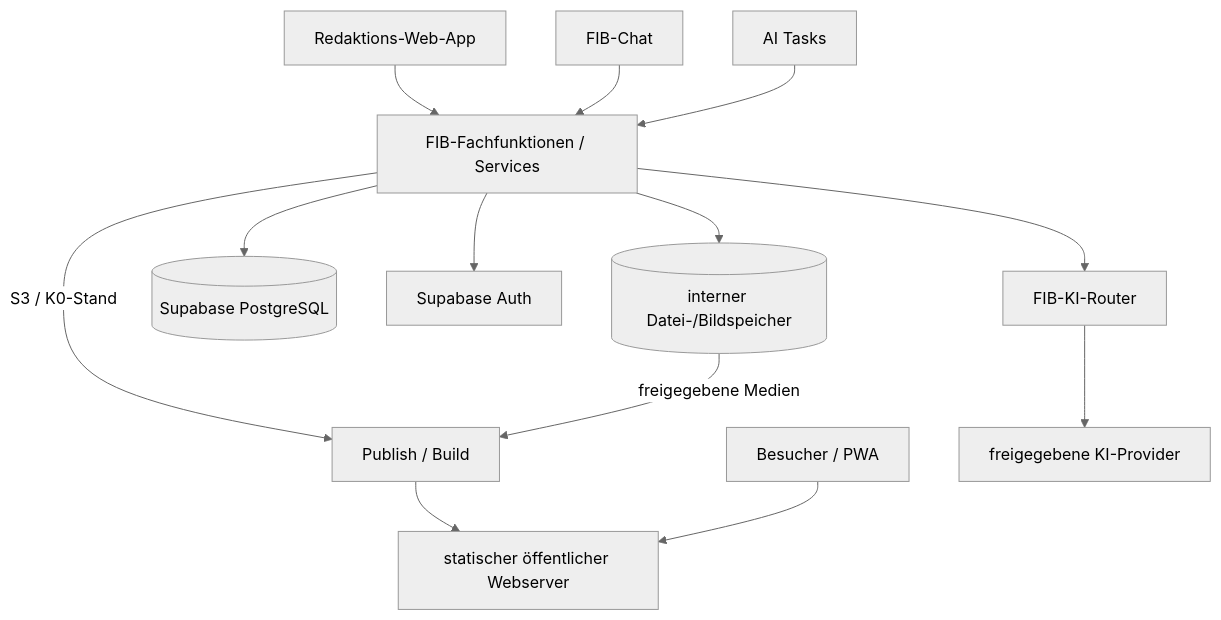
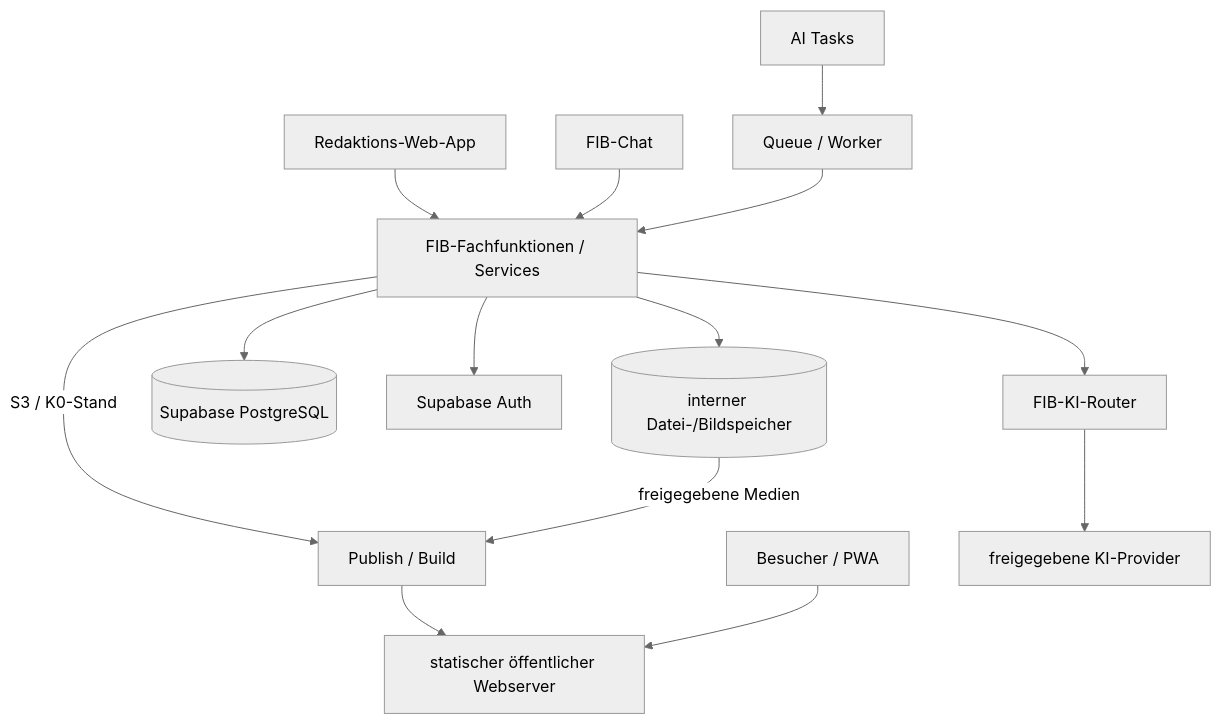
One commit to PustefixReisen/fib-echtsystem changed the diagram in docs/Zielarchitektur.md. Above: the diagram before and after it, drawn with Mermaid (neutral theme). The commit also changed other lines of this file, not shown here.

Commit message:
G5: AI-Task Scheduler und Queue integrieren

````diff
--- a/docs/Zielarchitektur.md
+++ b/docs/Zielarchitektur.md
@@ -45,32 +47,34 @@
 ```mermaid
 flowchart TB
     V[Besucher / PWA]
     R[Redaktions-Web-App]
     C[FIB-Chat]
     T[AI Tasks]
 
     FS[FIB-Fachfunktionen / Services]
     AIR[FIB-KI-Router]
     PUB[Publish / Build]
+    Q[Queue / Worker]
 
     DB[(Supabase PostgreSQL)]
     AUTH[Supabase Auth]
     STORE[(interner Datei-/Bildspeicher)]
     AI[freigegebene KI-Provider]
     WEB[statischer öffentlicher Webserver]
 
     R --> FS
     C --> FS
-    T --> FS
+    T --> Q
+    Q --> FS
 
     FS --> DB
     FS --> AUTH
     FS --> STORE
     FS --> AIR
     AIR --> AI
 
     FS -->|S3 / K0-Stand| PUB
     STORE -->|freigegebene Medien| PUB
     PUB --> WEB
     V --> WEB
 ```
````
